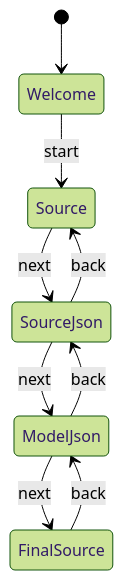
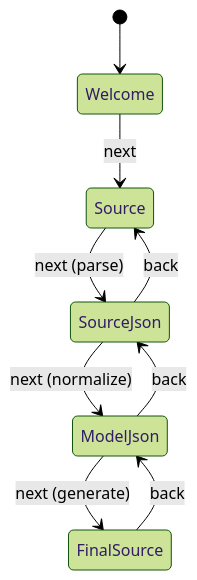
Diagram 14 of 55 in src/pascal_c_to_mcp/code_decl_to_mcp_knowledge_base.md (PassByYou888/LingoFuse-Tools), drawn with Mermaid (forest theme) before and after one commit. The commit also changed other lines of this file, not shown here.

````diff
--- a/src/pascal_c_to_mcp/code_decl_to_mcp_knowledge_base.md
+++ b/src/pascal_c_to_mcp/code_decl_to_mcp_knowledge_base.md
@@ -266,11 +472,11 @@
 ```mermaid
 stateDiagram-v2
     [*] --> Welcome
-    Welcome --> Source: start
-    Source --> SourceJson: next
-    SourceJson --> ModelJson: next
-    ModelJson --> FinalSource: next
+    Welcome --> Source: next
+    Source --> SourceJson: next (parse)
+    SourceJson --> ModelJson: next (normalize)
+    ModelJson --> FinalSource: next (generate)
     FinalSource --> ModelJson: back
     ModelJson --> SourceJson: back
     SourceJson --> Source: back
 ```
````
